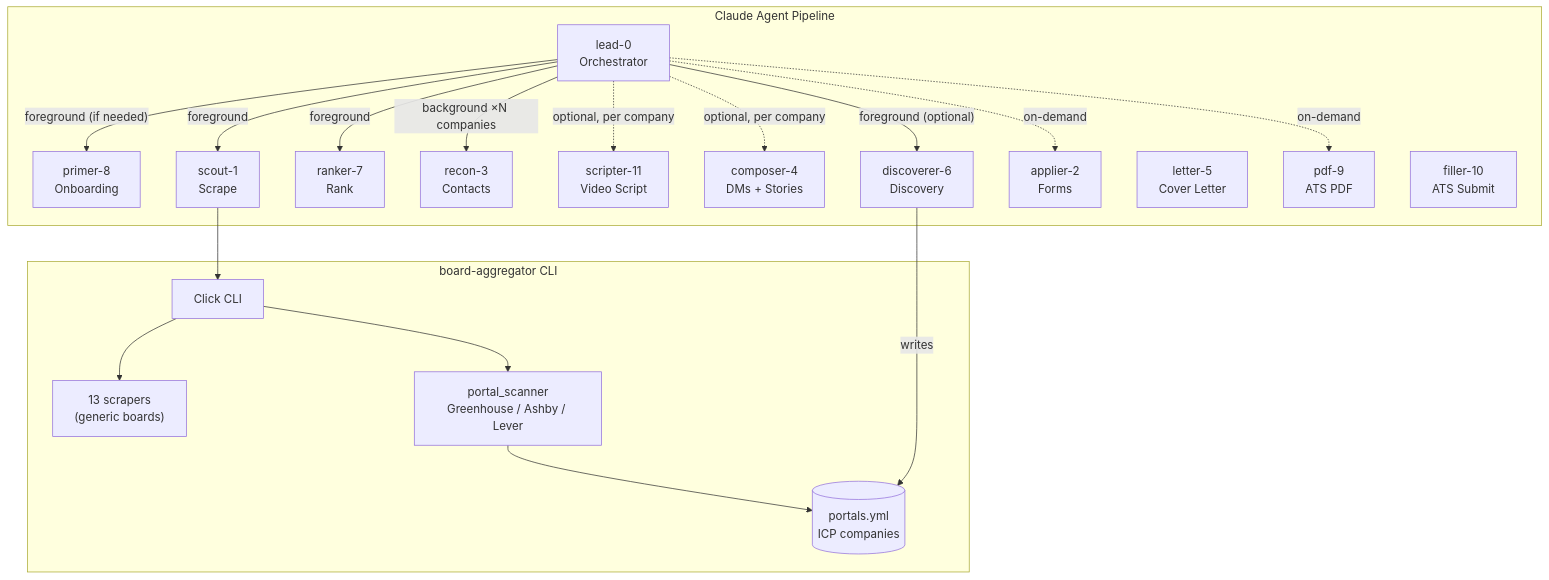
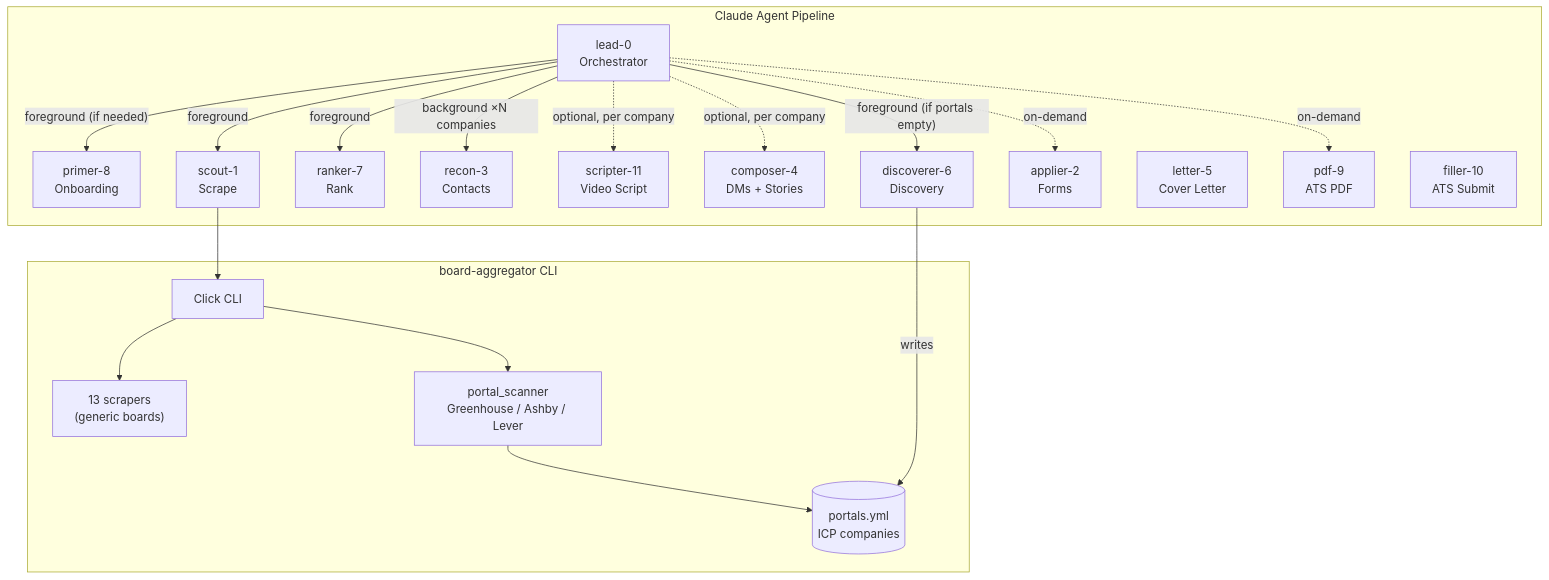
Before and after one commit to 0xquinto/dossier: the diagram in README.md, drawn with Mermaid. The commit also changed other lines of this file and 4 other files, not shown here.

First line of the commit message:
feat(lead-0): auto-dispatch discoverer-6 when portals.yml is missing/empty

````diff
--- a/README.md
+++ b/README.md
@@ -54,39 +54,39 @@
 ```mermaid
 graph TB
     subgraph Pipeline["Claude Agent Pipeline"]
         Lead[lead-0<br/>Orchestrator]
         Primer[primer-8<br/>Onboarding]
         Scout[scout-1<br/>Scrape]
         Ranker[ranker-7<br/>Rank]
         Recon[recon-3<br/>Contacts]
         Scripter[scripter-11<br/>Video Script]
         Composer[composer-4<br/>DMs + Stories]
         Discoverer[discoverer-6<br/>Discovery]
         Applier[applier-2<br/>Forms]
         Letter[letter-5<br/>Cover Letter]
         PDF[pdf-9<br/>ATS PDF]
         Filler[filler-10<br/>ATS Submit]
     end
 
     subgraph Scraper["board-aggregator CLI"]
         CLI[Click CLI]
         Scrapers["13 scrapers<br/>(generic boards)"]
         PortalScanner["portal_scanner<br/>Greenhouse / Ashby / Lever"]
         PortalsYml[("portals.yml<br/>ICP companies")]
     end
 
     Lead -->|"foreground (if needed)"| Primer
     Lead -->|foreground| Scout
     Lead -->|foreground| Ranker
     Lead -->|"background ×N companies"| Recon
     Lead -.->|"optional, per company"| Scripter
     Lead -.->|"optional, per company"| Composer
-    Lead -->|"foreground (optional)"| Discoverer
+    Lead -->|"foreground (if portals empty)"| Discoverer
     Lead -.->|on-demand| Applier
     Lead -.->|on-demand| PDF
     Discoverer -->|writes| PortalsYml
     Scout --> CLI
     CLI --> Scrapers
     CLI --> PortalScanner
     PortalScanner --> PortalsYml
 ```
````
